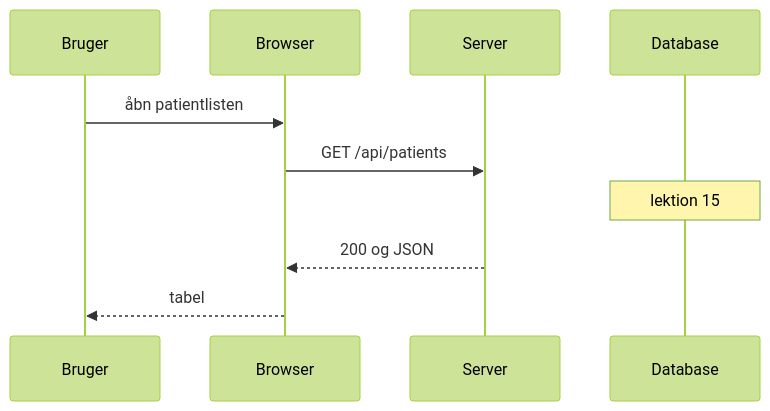
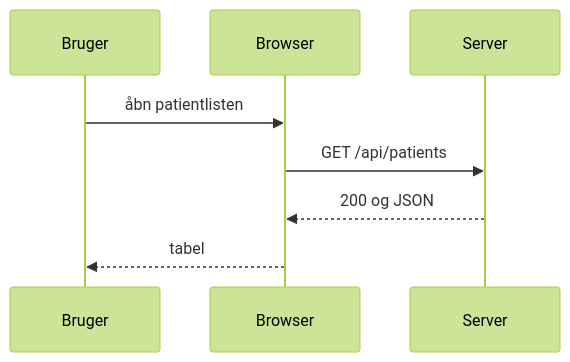
Before and after one commit to cbudtz/IT3E26: the sixth of 6 diagrams in lektion11/forelaesning.md, drawn with Mermaid (forest theme). The commit also changed other lines of this file and 6 other files, not shown here.

First line of the commit message:
docs(lektion11): refine lesson materials and exercises for client-server architecture

````diff
--- a/lektion11/forelaesning.md
+++ b/lektion11/forelaesning.md
@@ -307,12 +292,10 @@
 ```mermaid
 sequenceDiagram
   participant Bruger
   participant Browser
   participant Server
-  participant Database
   Bruger->>Browser: åbn patientlisten
   Browser->>Server: GET /api/patients
-  Note over Database: lektion 15
   Server-->>Browser: 200 og JSON
   Browser-->>Bruger: tabel
 ```
````
